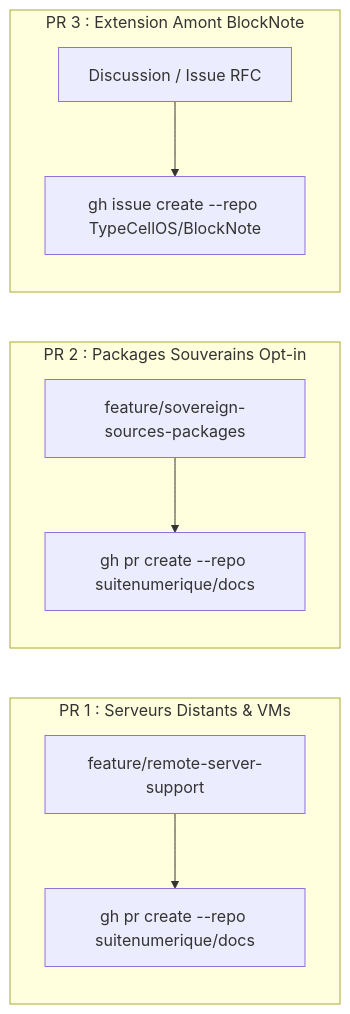
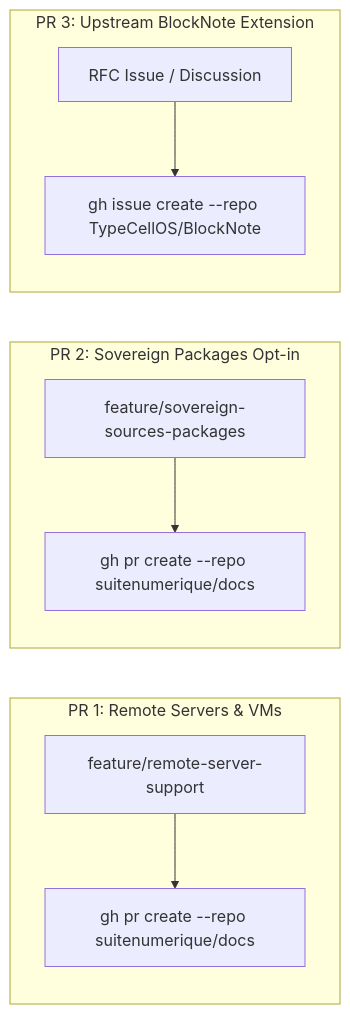
One commit to waxland/dinum-setup changed the diagram in PR/05-commandes-gh-cli.md. Above: the diagram before and after it, drawn with Mermaid. The commit also changed other lines of this file and 77 other files, not shown here.

````diff
--- a/PR/05-commandes-gh-cli.md
+++ b/PR/05-commandes-gh-cli.md
@@ -11,14 +11,14 @@
 ```mermaid
 flowchart LR
-    subgraph PR1["PR 1 : Serveurs Distants & VMs"]
+    subgraph PR1["PR 1: Remote Servers & VMs"]
         Branch1["feature/remote-server-support"] --> Cmd1["gh pr create --repo suitenumerique/docs"]
     end
 
-    subgraph PR2["PR 2 : Packages Souverains Opt-in"]
+    subgraph PR2["PR 2: Sovereign Packages Opt-in"]
         Branch2["feature/sovereign-sources-packages"] --> Cmd2["gh pr create --repo suitenumerique/docs"]
     end
 
-    subgraph PR3["PR 3 : Extension Amont BlockNote"]
-        RFC["Discussion / Issue RFC"] --> Cmd3["gh issue create --repo TypeCellOS/BlockNote"]
+    subgraph PR3["PR 3: Upstream BlockNote Extension"]
+        RFC["RFC Issue / Discussion"] --> Cmd3["gh issue create --repo TypeCellOS/BlockNote"]
     end
 ```
````
